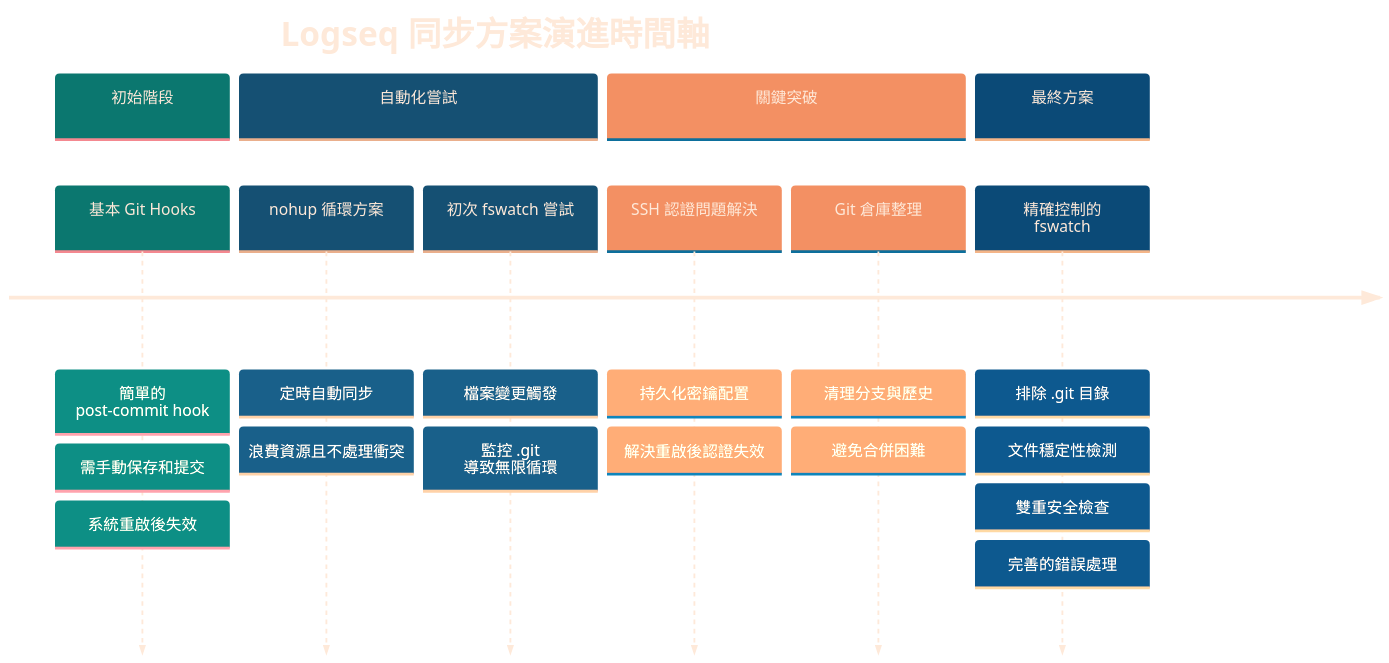
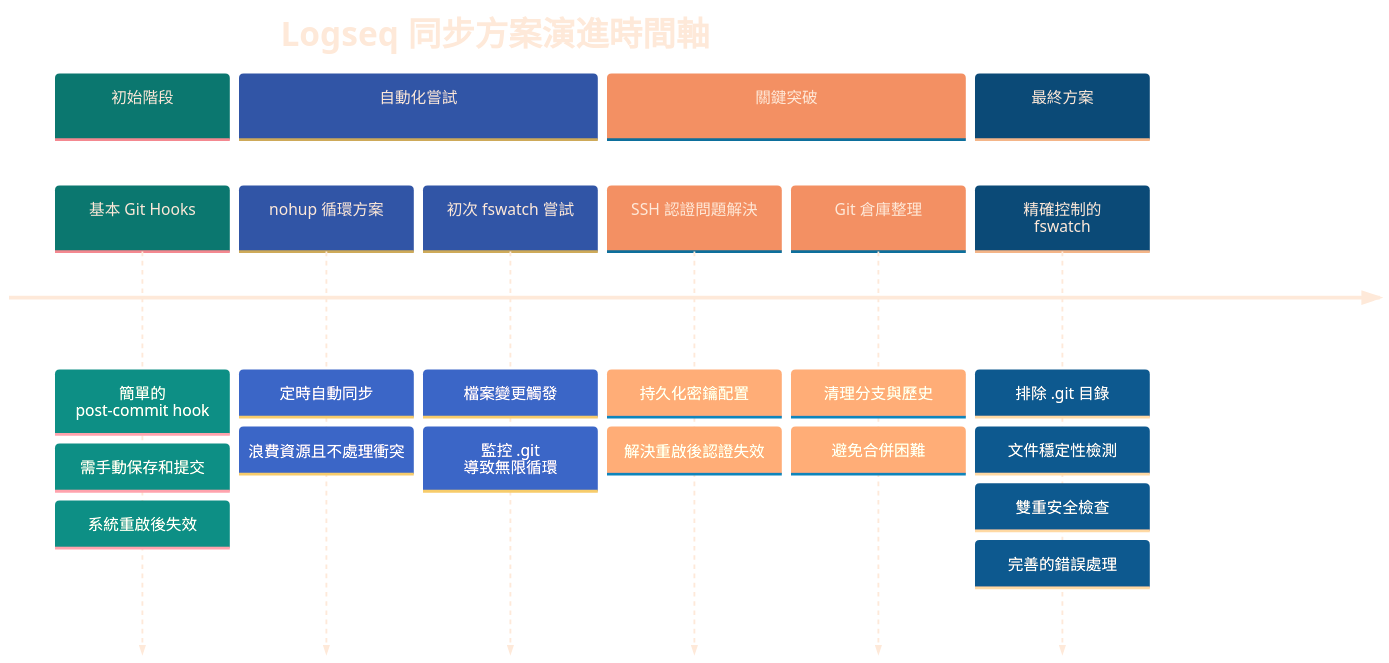
One commit to GengGeng026/Sync-Logseq changed the first of 2 diagrams in Logseq同步方案演進記錄.md. Above: the diagram before and after it, drawn with Mermaid.

Commit message:
Auto-sync: Wed Mar 26 10:00:06 +08 2025

````diff
--- a/Logseq同步方案演進記錄.md
+++ b/Logseq同步方案演進記錄.md
@@ -24,38 +24,38 @@
 ```mermaid
 %%{init: {
   'theme': 'base', 
   'themeVariables': {
     'primaryTextColor': '#FEE9D9',
     'primaryColor': '#19E9D9',
-    'secondaryColor': '#2E9AD9',
+    'secondaryColor': '#7E9AD9',
     'tertiaryColor': '#FCE4D9',
     'primaryBorderColor': '#A9D9D9',
     'background': 'transparent',
     'clusterBkg': 'transparent',
     'fontFamily': 'default',
     'fontSize': '17px',
     'fontWeight': 'normal'
   }
 }}%%
 timeline
     title Logseq 同步方案演進時間軸
     section 初始階段
         基本 Git Hooks : 簡單的 post-commit hook
         : 需手動保存和提交
         : 系統重啟後失效
     section 自動化嘗試
         nohup 循環方案 : 定時自動同步
         : 浪費資源且不處理衝突
         初次 fswatch 嘗試 : 檔案變更觸發
         : 監控 .git 導致無限循環
     section 關鍵突破
         SSH 認證問題解決 : 持久化密鑰配置
         : 解決重啟後認證失效
         Git 倉庫整理 : 清理分支與歷史
         : 避免合併困難
     section 最終方案
         精確控制的 fswatch : 排除 .git 目錄
         : 文件穩定性檢測
         : 雙重安全檢查
         : 完善的錯誤處理
 ```
````
